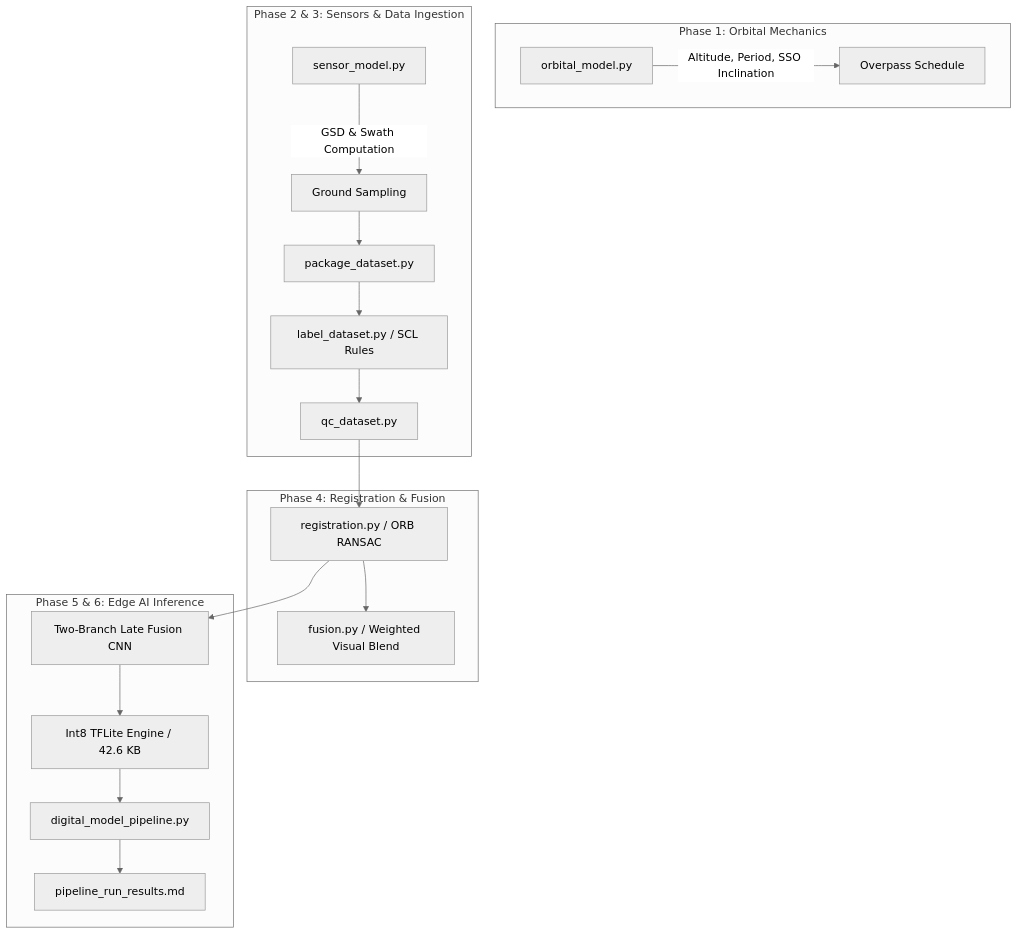
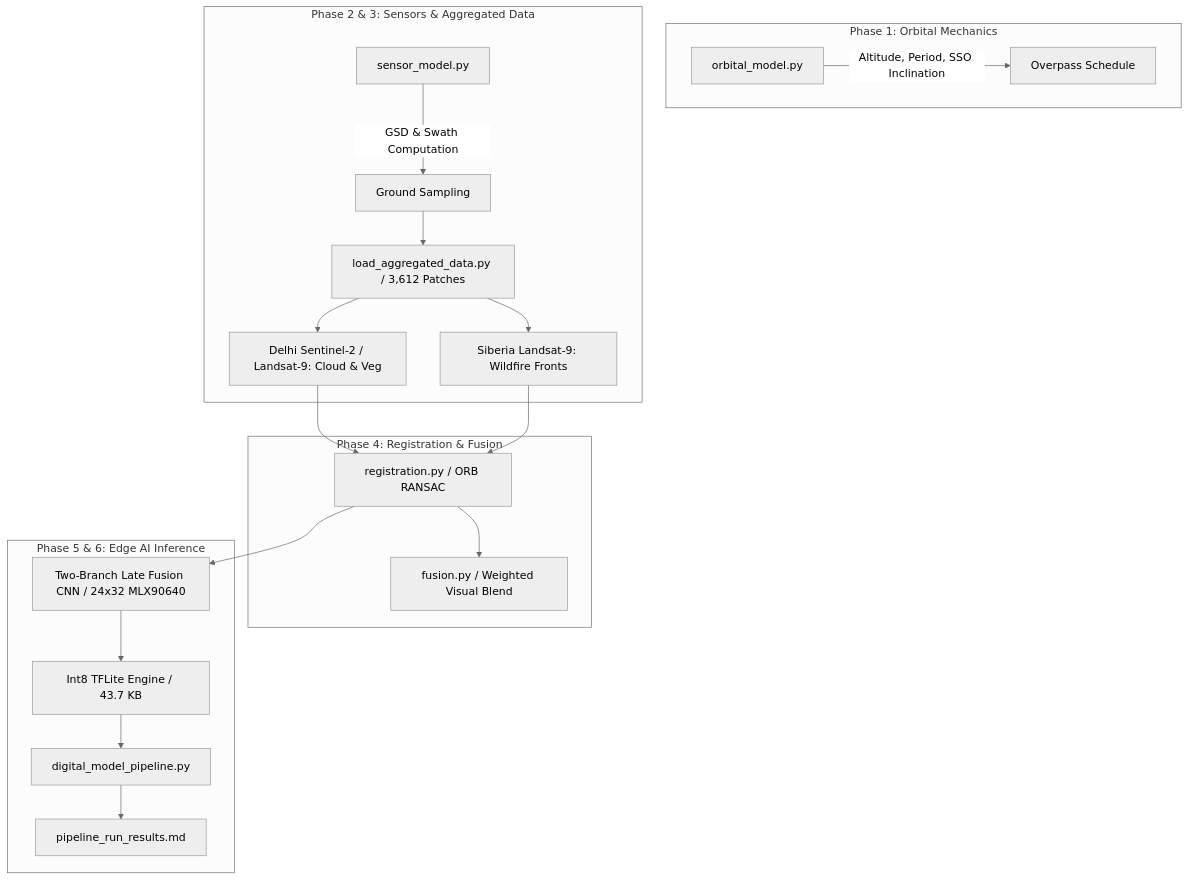
One commit to Student-Satellite-Group/edgeai-digital-model changed the diagram in README.md. Above: the diagram before and after it, drawn with Mermaid (neutral theme). The commit also changed other lines of this file and 14 other files, not shown here.

Commit message:
feat(release): upgrade to v1.1 with 3,612-sample multi-task dataset, spatial 4-fold CV, and wildfire thermal anomaly detection

````diff
--- a/README.md
+++ b/README.md
@@ -67,25 +64,25 @@
 ```mermaid
 graph TD
     subgraph "Phase 1: Orbital Mechanics"
         OM[orbital_model.py] -->|Altitude, Period, SSO Inclination| OS[Overpass Schedule]
     end
 
-    subgraph "Phase 2 & 3: Sensors & Data Ingestion"
+    subgraph "Phase 2 & 3: Sensors & Aggregated Data"
         SM[sensor_model.py] -->|GSD & Swath Computation| GS[Ground Sampling]
-        GS --> PD[package_dataset.py]
-        PD --> LD[label_dataset.py / SCL Rules]
-        LD --> QC[qc_dataset.py]
+        GS --> AD[load_aggregated_data.py / 3,612 Patches]
+        AD --> D1[Delhi Sentinel-2 / Landsat-9: Cloud & Veg]
+        AD --> D2[Siberia Landsat-9: Wildfire Fronts]
     end
 
     subgraph "Phase 4: Registration & Fusion"
-        QC --> REG[registration.py / ORB RANSAC]
+        D1 & D2 --> REG[registration.py / ORB RANSAC]
         REG --> FUS[fusion.py / Weighted Visual Blend]
     end
 
     subgraph "Phase 5 & 6: Edge AI Inference"
-        REG --> CNN[Two-Branch Late Fusion CNN]
-        CNN --> QNT[Int8 TFLite Engine / 42.6 KB]
+        REG --> CNN[Two-Branch Late Fusion CNN / 24x32 MLX90640]
+        CNN --> QNT[Int8 TFLite Engine / 43.7 KB]
         QNT --> PIP[digital_model_pipeline.py]
         PIP --> OUT[pipeline_run_results.md]
     end
 ```
````
